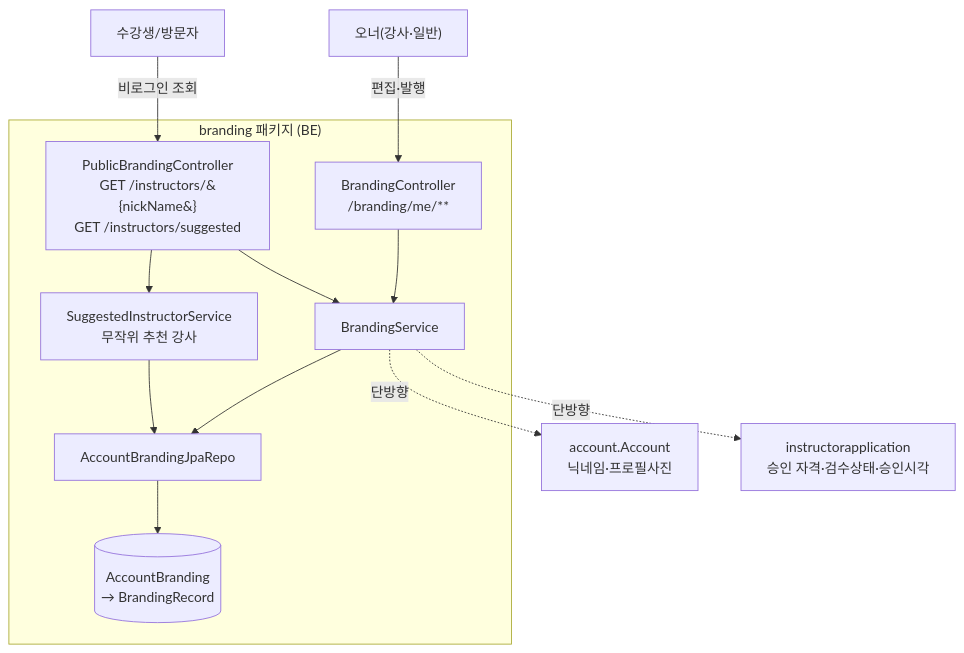
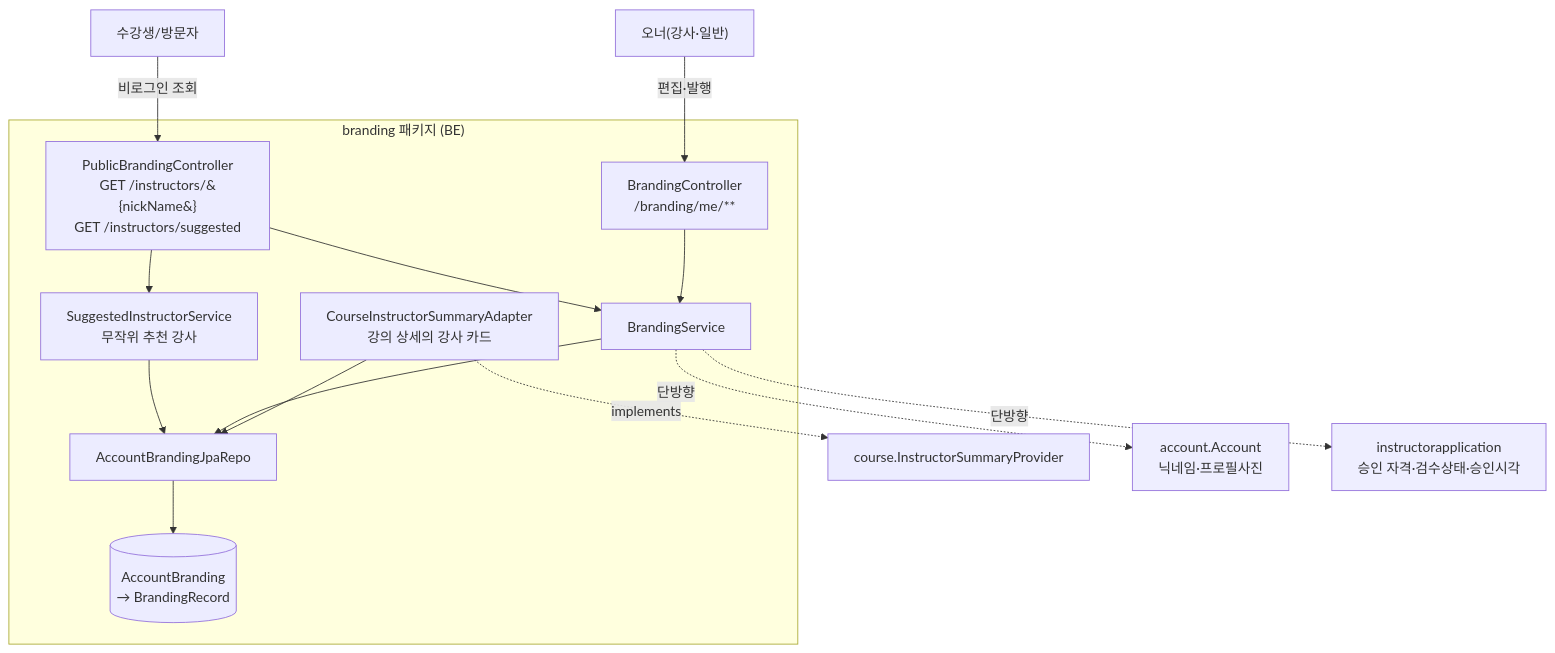
The first of 4 diagrams in docs/architecture/branding.md (pungdong/Pungdong-Backend), drawn with Mermaid before and after one commit. The commit also changed other lines of this file and 9 other files, not shown here.

````diff
--- a/docs/architecture/branding.md
+++ b/docs/architecture/branding.md
@@ -11,18 +11,20 @@
 ```mermaid
 flowchart TB
   subgraph branding["branding 패키지 (BE)"]
     PBC[PublicBrandingController<br/>GET /instructors/&#123;nickName&#125;<br/>GET /instructors/suggested] --> BS[BrandingService]
     PBC --> SIS[SuggestedInstructorService<br/>무작위 추천 강사]
     SIS --> BR
     BC[BrandingController<br/>/branding/me/**] --> BS
     BS --> BR[AccountBrandingJpaRepo]
     BR --> E[(AccountBranding<br/>→ BrandingRecord)]
+    CISA[CourseInstructorSummaryAdapter<br/>강의 상세의 강사 카드] --> BR
   end
+  CISA -. implements .-> ISP[course.InstructorSummaryProvider]
   BS -. 단방향 .-> ACC[account.Account<br/>닉네임·프로필사진]
   BS -. 단방향 .-> IA[instructorapplication<br/>승인 자격·검수상태·승인시각]
   FE["수강생/방문자"] -- "비로그인 조회" --> PBC
   FE2["오너(강사·일반)"] -- "편집·발행" --> BC
 
   classDef ext fill:#eef
   class ACC,IA ext
 ```
````
